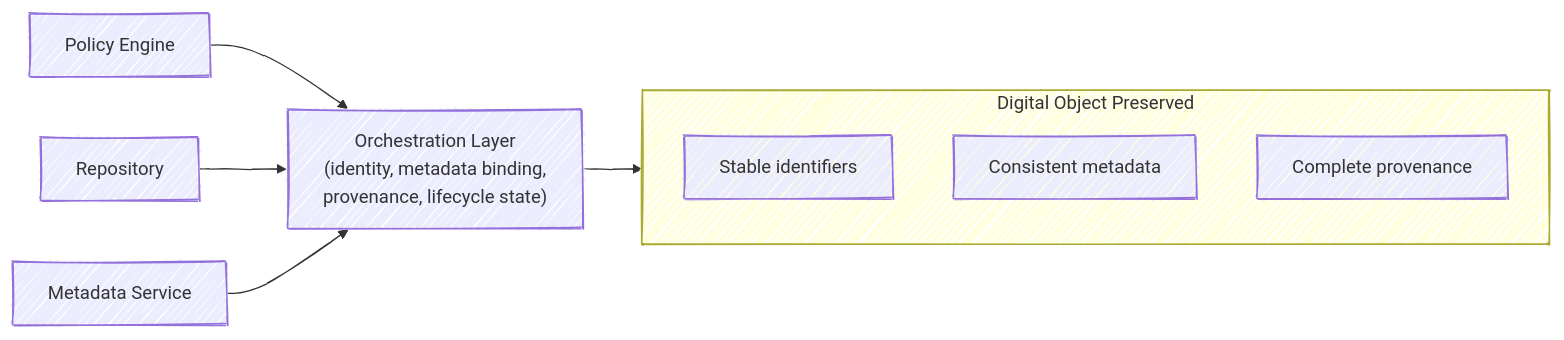
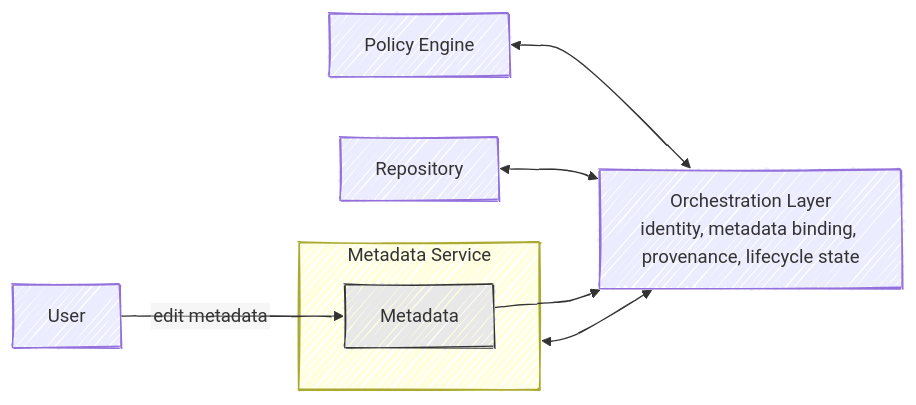
The third of 4 diagrams in book/infrastructure-examples.qmd (chStaiger/rdm-tech-foundations), drawn with Mermaid before and after one commit. The commit also changed other lines of this file and 1 other file, not shown here.

Commit message:
edit graphs

````diff
--- a/book/infrastructure-examples.qmd
+++ b/book/infrastructure-examples.qmd
@@ -115,33 +154,41 @@
 ```{mermaid}
 %%| label: fig-orchestrated
-%%| fig-cap: With an orchestration layer, all components share lifecycle state, identifiers, metadata binding, and provenance. APIs still move data, but the digital object remains coherent across the platform.
+%%| fig-cap: With an orchestration layer acting as the digital-object layer, all services expose changes in digital-object state. User edits in the metadata service are communicated to the orchestration layer, ensuring consistent updates across the platform.
 %%| fig-align: center
+
 %%{init: {
   "look": "handDrawn",
   "flowchart": { "htmlLabels": false }
 }}%%
 
 flowchart LR
 
-    %% Components
+    %% User
+    USER["User"]
+
+    %% Services
     PE["Policy Engine"]
     REPO["Repository"]
-    META["Metadata Service"]
 
-    %% Orchestration layer
-    ORCH["Orchestration Layer\n(identity, metadata binding,\nprovenance, lifecycle state)"]
-
-    %% Connections
-    PE --> ORCH
-    REPO --> ORCH
-    META --> ORCH
-
-    %% Stable digital object
-    subgraph DO["Digital Object Preserved"]
-        ID2["Stable identifiers"]
-        META2["Consistent metadata"]
-        PROV2["Complete provenance"]
+    %% Metadata service with internal metadata node
+    subgraph META["Metadata Service"]
+        M["Metadata"]
     end
 
-    ORCH --> DO
+    %% Orchestration layer = Digital-object layer
+    ORCH["Orchestration Layer<br>identity, metadata binding, provenance, lifecycle state"]
+
+    %% All services expose state changes to orchestration
+    PE <--> ORCH
+    REPO <--> ORCH
+    META <--> ORCH
+
+    %% User edits metadata
+    USER -- "edit metadata" --> M
+
+    %% Metadata service communicates edits to orchestration
+    M --> ORCH
+
+    %% Style metadata node
+    style M fill:#e8e8e8,stroke:#333,stroke-width:1px
 ```
````
